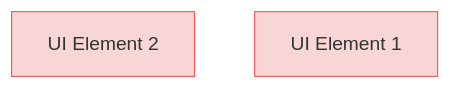
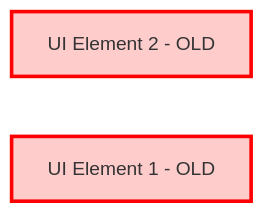
Before and after one commit to reqvire-org/reqvire: the first of 2 diagrams in tests/test-diagram-generation/specifications/UserRequirements.md, drawn with Mermaid. The commit also changed other lines of this file and 59 other files, not shown here.

````diff
--- a/tests/test-diagram-generation/specifications/UserRequirements.md
+++ b/tests/test-diagram-generation/specifications/UserRequirements.md
@@ -7,15 +7,16 @@
 ```mermaid
-graph TD;
-  %% Graph styling
-  classDef requirement fill:#f9d6d6,stroke:#f55f5f,stroke-width:1px;
-  classDef verification fill:#d6f9d6,stroke:#5fd75f,stroke-width:1px;
-  classDef externalLink fill:#d0e0ff,stroke:#3080ff,stroke-width:1px;
-  classDef default fill:#f5f5f5,stroke:#333333,stroke-width:1px;
+  %% REQVIRE-AUTOGENERATED-DIAGRAM
+graph LR;
+  %% Graph styling - MODIFIED FOR TEST
+  classDef requirement fill:#ffcccc,stroke:#ff0000,stroke-width:3px;
+  classDef verification fill:#ccffcc,stroke:#00ff00,stroke-width:3px;
+  classDef externalLink fill:#ccccff,stroke:#0000ff,stroke-width:3px;
+  classDef default fill:#eeeeee,stroke:#666666,stroke-width:2px;
 
-  435c8ddc18["UI Element 2"];
+  435c8ddc18["UI Element 2 - OLD"];
   click 435c8ddc18 "UserRequirements.md#ui-element-2";
   class 435c8ddc18 requirement;
-  845c8ddc18["UI Element 1"];
+  845c8ddc18["UI Element 1 - OLD"];
   click 845c8ddc18 "UserRequirements.md#ui-element-1";
   class 845c8ddc18 requirement;
 ```
````
